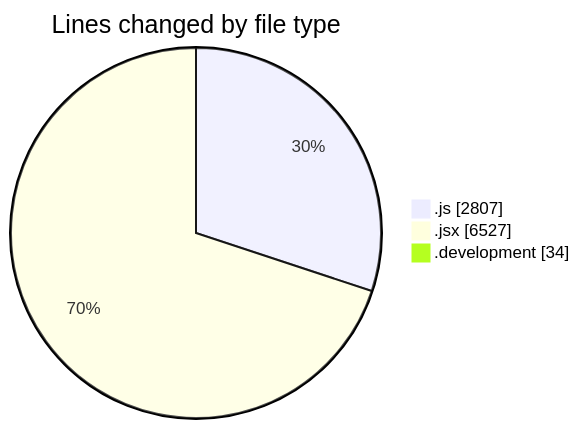
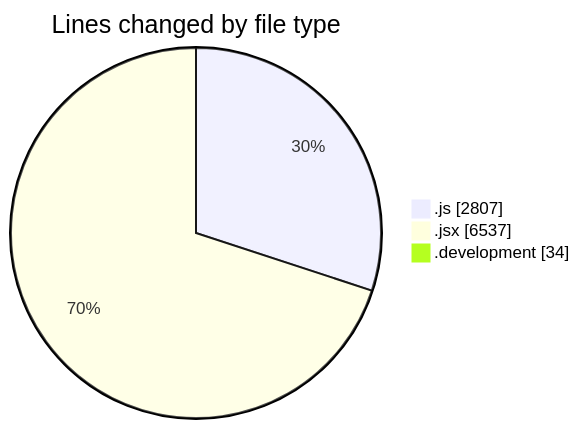
The first of 2 diagrams in 2025-09-18/nxtqube_webapp/README.md (nxtqubesakshisongat/code-tracking), drawn with Mermaid before and after one commit. The commit also changed other lines of this file and 1 other file, not shown here.

````diff
--- a/2025-09-18/nxtqube_webapp/README.md
+++ b/2025-09-18/nxtqube_webapp/README.md
@@ -42,7 +42,7 @@
 ```mermaid
 pie showData
 title Lines changed by file type
 ".js" : 2807
-".jsx" : 6527
+".jsx" : 6537
 ".development" : 34
 ```
````
